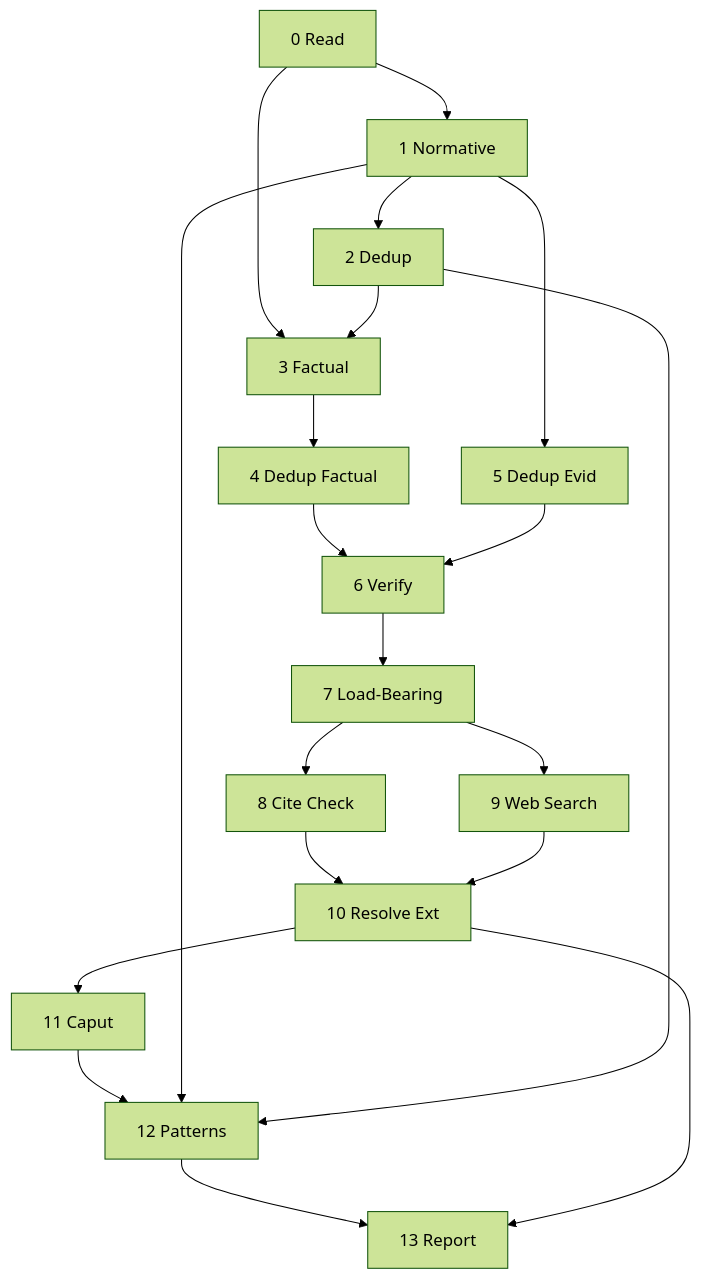
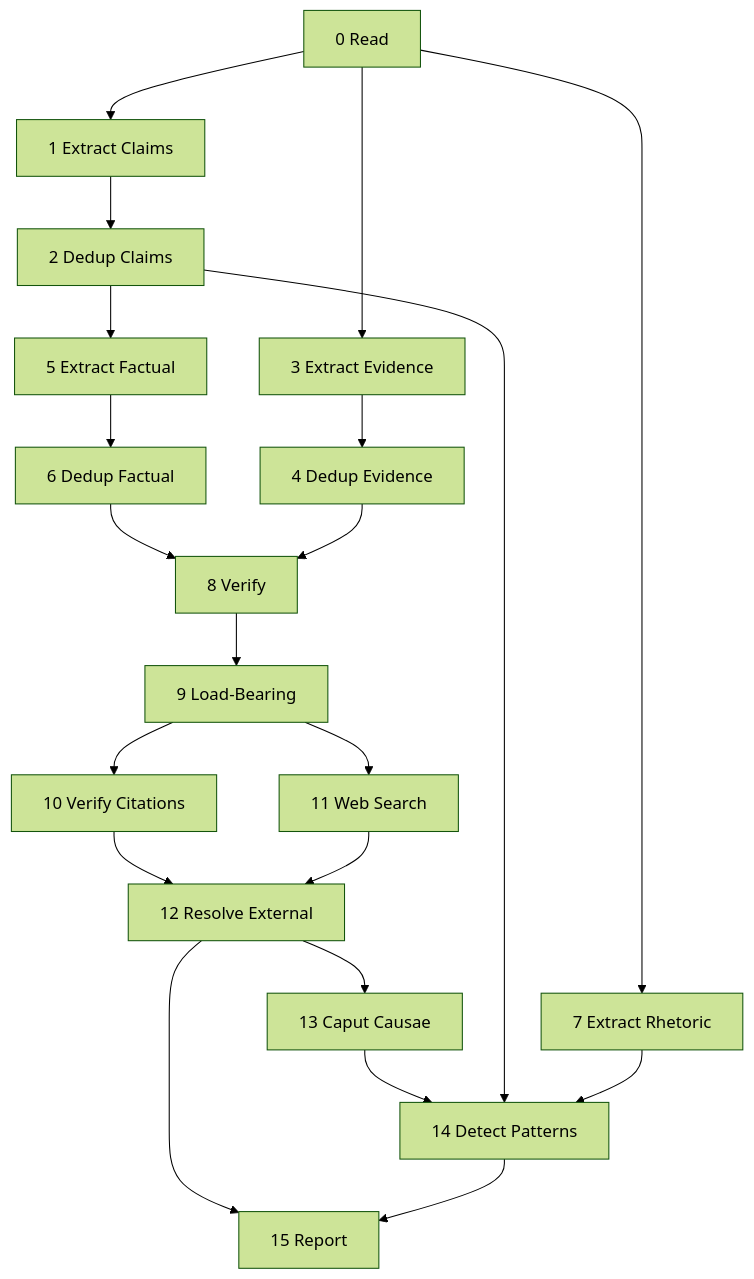
Before and after one commit to sabriguenes/wg21-paperflow: the diagram in packages/dissect/src/dissect/dissect.md, drawn with Mermaid (forest theme). The commit also changed other lines of this file and 63 other files, not shown here.

````diff
--- a/packages/dissect/src/dissect/dissect.md
+++ b/packages/dissect/src/dissect/dissect.md
@@ -5,22 +5,23 @@
 ```mermaid
 flowchart TD
-    S0[0 Read] --> S1[1 Normative]
-    S0 --> S3[3 Factual]
-    S1 --> S2[2 Dedup]
-    S2 --> S3
-    S3 --> S4[4 Dedup Factual]
-    S1 --> S5[5 Dedup Evid]
-    S4 --> S6[6 Verify]
-    S5 --> S6
-    S6 --> S7[7 Load-Bearing]
-    S7 --> S8[8 Cite Check]
-    S7 --> S9[9 Web Search]
-    S8 --> S10[10 Resolve Ext]
-    S9 --> S10
-    S10 --> S11[11 Caput]
-    S11 --> S12[12 Patterns]
-    S1 --> S12
-    S2 --> S12
-    S12 --> S13[13 Report]
-    S10 --> S13
+    S0[0 Read] --> S1[1 Extract Claims]
+    S1 --> S2[2 Dedup Claims]
+    S0 --> S3[3 Extract Evidence]
+    S3 --> S4[4 Dedup Evidence]
+    S2 --> S5[5 Extract Factual]
+    S5 --> S6[6 Dedup Factual]
+    S0 --> S7[7 Extract Rhetoric]
+    S6 --> S8[8 Verify]
+    S4 --> S8
+    S8 --> S9[9 Load-Bearing]
+    S9 --> S10[10 Verify Citations]
+    S9 --> S11[11 Web Search]
+    S10 --> S12[12 Resolve External]
+    S11 --> S12
+    S12 --> S13[13 Caput Causae]
+    S13 --> S14[14 Detect Patterns]
+    S2 --> S14
+    S7 --> S14
+    S12 --> S15[15 Report]
+    S14 --> S15
 ```
````
